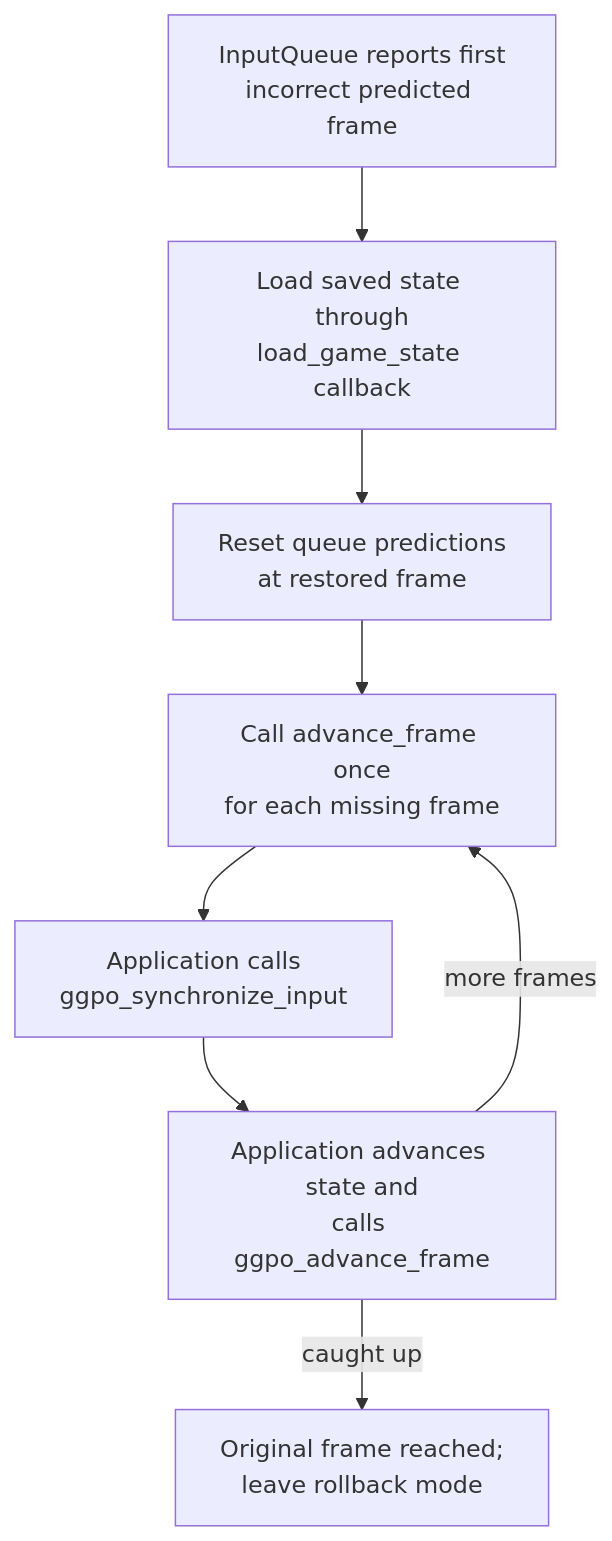
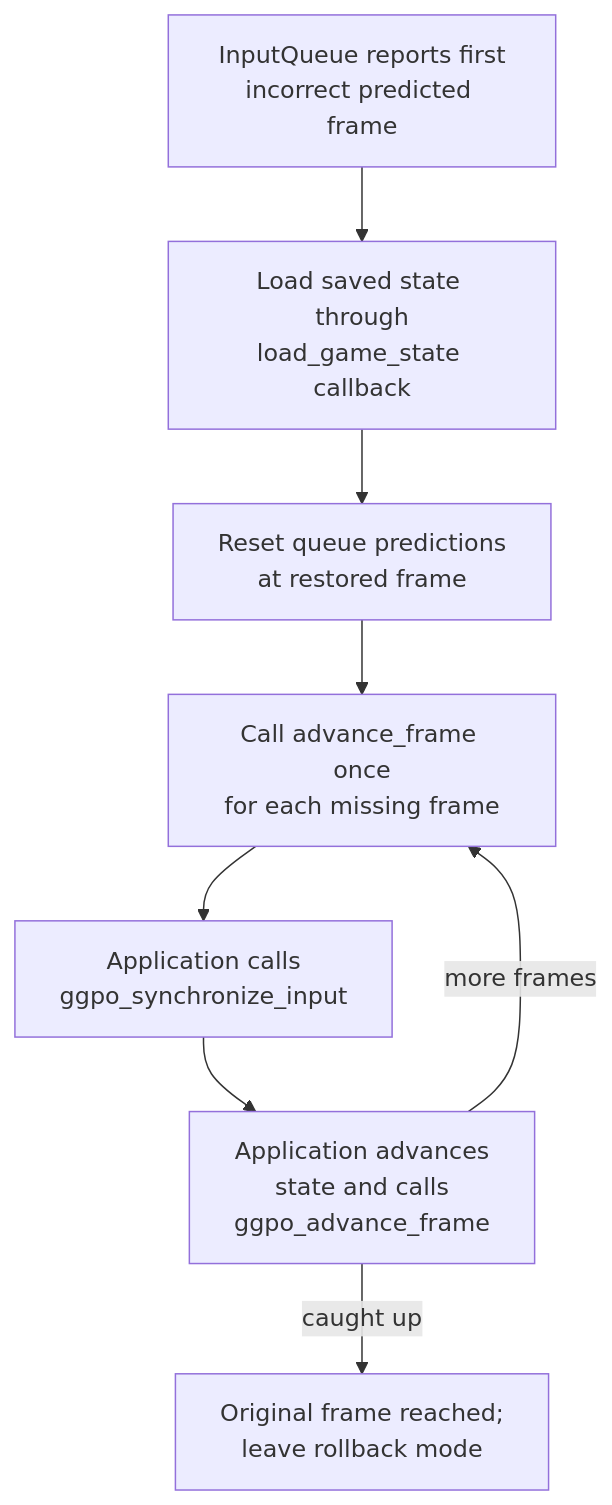
One commit to irregularthanis/ggpo-next changed the third of 3 diagrams in doc/architecture/Runtime.md. Above: the diagram before and after it, drawn with Mermaid. The commit also changed other lines of this file and 9 other files, not shown here.

Commit message:
docs: wrap Mermaid diagram labels

````diff
--- a/doc/architecture/Runtime.md
+++ b/doc/architecture/Runtime.md
@@ -95,15 +95,15 @@
 ```mermaid
 flowchart TD
     Detect["InputQueue reports first<br/>incorrect predicted frame"]
     Load["Load saved state through<br/>load_game_state callback"]
     Reset["Reset queue predictions<br/>at restored frame"]
     Replay["Call advance_frame once<br/>for each missing frame"]
     Inputs["Application calls<br/>ggpo_synchronize_input"]
-    Advance["Application advances state and<br/>calls ggpo_advance_frame"]
+    Advance["Application advances<br/>state and calls<br/>ggpo_advance_frame"]
     CaughtUp["Original frame reached;<br/>leave rollback mode"]
 
     Detect --> Load --> Reset --> Replay
     Replay --> Inputs --> Advance
     Advance -->|"more frames"| Replay
     Advance -->|"caught up"| CaughtUp
 ```
````
